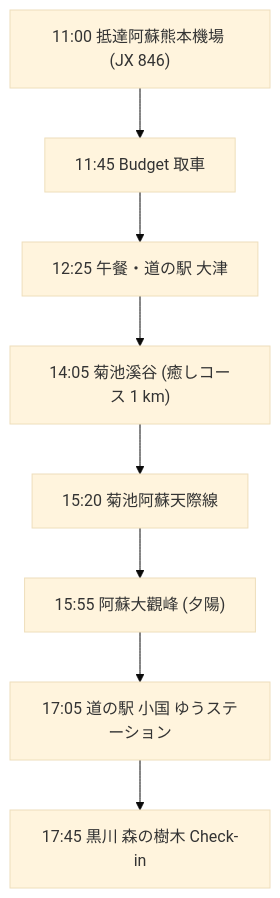
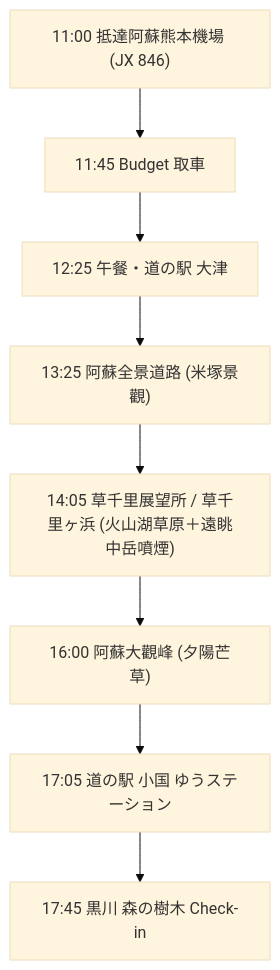
One commit to Eric-Jamie-Family/2026-japan-trip changed the first of 5 diagrams in kyushu-autumn-travel-guide.md. Above: the diagram before and after it, drawn with Mermaid (base theme). The commit also changed other lines of this file and 2 other files, not shown here.

````diff
--- a/kyushu-autumn-travel-guide.md
+++ b/kyushu-autumn-travel-guide.md
@@ -33,10 +33,10 @@
 ```mermaid
 flowchart TD
     A["11:00 抵達阿蘇熊本機場 (JX 846)"] --> B["11:45 Budget 取車"]
     B --> C["12:25 午餐・道の駅 大津"]
-    C --> D["14:05 菊池溪谷 (癒しコース 1 km)"]
-    D --> E["15:20 菊池阿蘇天際線"]
-    E --> F["15:55 阿蘇大觀峰 (夕陽)"]
+    C --> D["13:25 阿蘇全景道路 (米塚景觀)"]
+    D --> E["14:05 草千里展望所 / 草千里ヶ浜 (火山湖草原＋遠眺中岳噴煙)"]
+    E --> F["16:00 阿蘇大觀峰 (夕陽芒草)"]
     F --> G["17:05 道の駅 小国 ゆうステーション"]
     G --> H["17:45 黒川 森の樹木 Check-in"]
 ```
````
